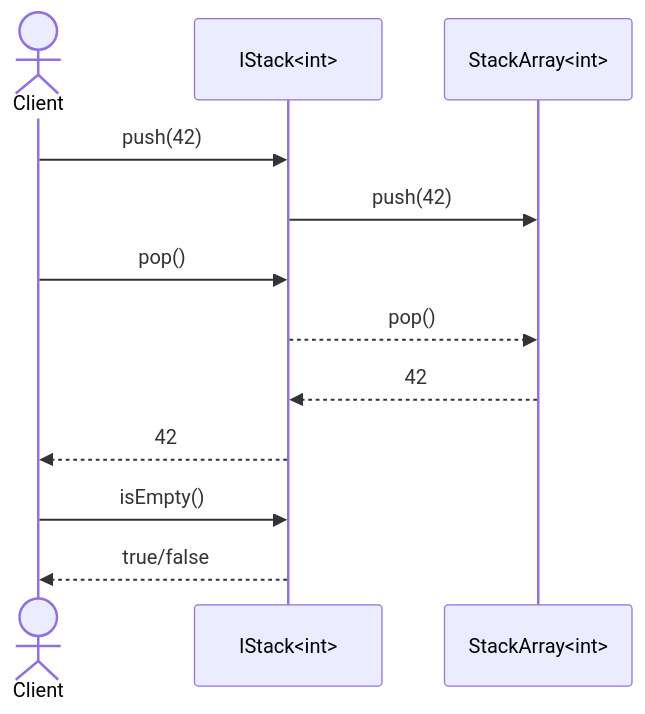
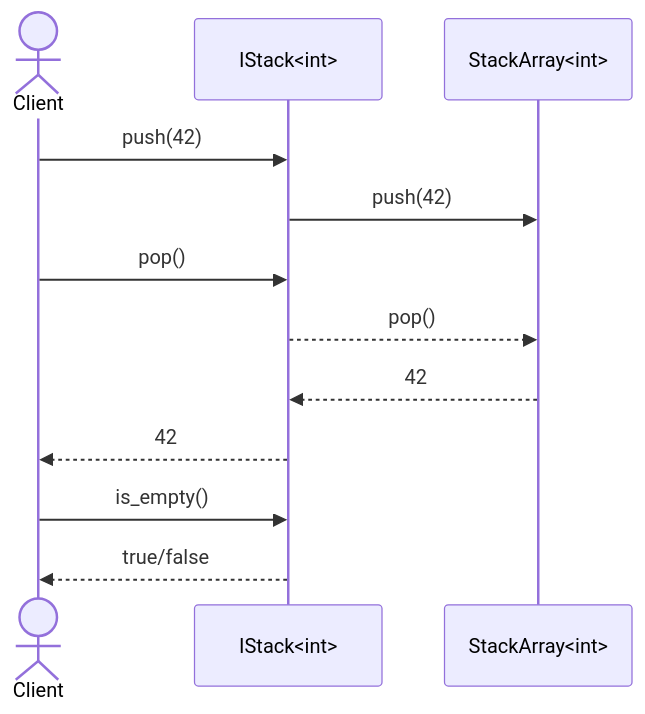
The third of 3 diagrams in src/courses/001-back-to-basics/003-core-data-structures/001-abstract-data-types.md (damiandrzewicz/moderndev-blog), drawn with Mermaid before and after one commit. The commit also changed other lines of this file and 5 other files, not shown here.

````diff
--- a/src/courses/001-back-to-basics/003-core-data-structures/001-abstract-data-types.md
+++ b/src/courses/001-back-to-basics/003-core-data-structures/001-abstract-data-types.md
@@ -224,17 +225,17 @@
 ```mermaid
 sequenceDiagram
     actor Client
     participant I as IStack<int>
     participant SA as StackArray<int>
 
     Client->>I: push(42)
     I->>SA: push(42)
 
     Client->>I: pop()
     I-->>SA: pop()
     SA-->>I: 42
     I-->>Client: 42
 
-    Client->>I: isEmpty()
+  Client->>I: is_empty()
     I-->>Client: true/false
 ```
````
